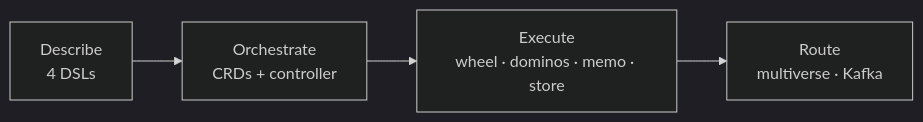
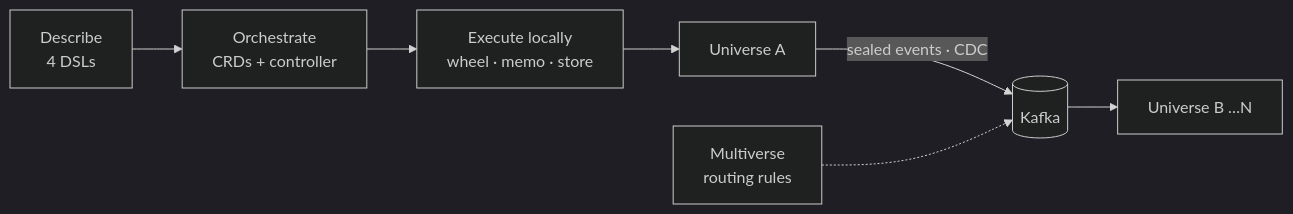
One commit to jmjava/uber-lang-of-compute changed the diagram in README.md. Above: the diagram before and after it, drawn with Mermaid (dark theme). The commit also changed other lines of this file and 4 other files, not shown here.

First line of the commit message:
docs: show multi-KBL communication via Multiverse + Kafka

````diff
--- a/README.md
+++ b/README.md
@@ -3,9 +3,9 @@
 ```mermaid
 flowchart LR
-  DSL["Describe<br/>4 DSLs"]
-  K8S["Orchestrate<br/>CRDs + controller"]
-  FAB["Execute<br/>wheel · dominos · memo · store"]
-  RT["Route<br/>multiverse · Kafka"]
-
-  DSL --> K8S --> FAB --> RT
+  DSL["Describe<br/>4 DSLs"] --> K8S["Orchestrate<br/>CRDs + controller"]
+  K8S --> FAB["Execute locally<br/>wheel · memo · store"]
+  FAB --> UA["Universe A"]
+  UA -->|sealed events · CDC| KFK[(Kafka)]
+  KFK --> UB["Universe B …N"]
+  MV["Multiverse<br/>routing rules"] -.-> KFK
 ```
````
